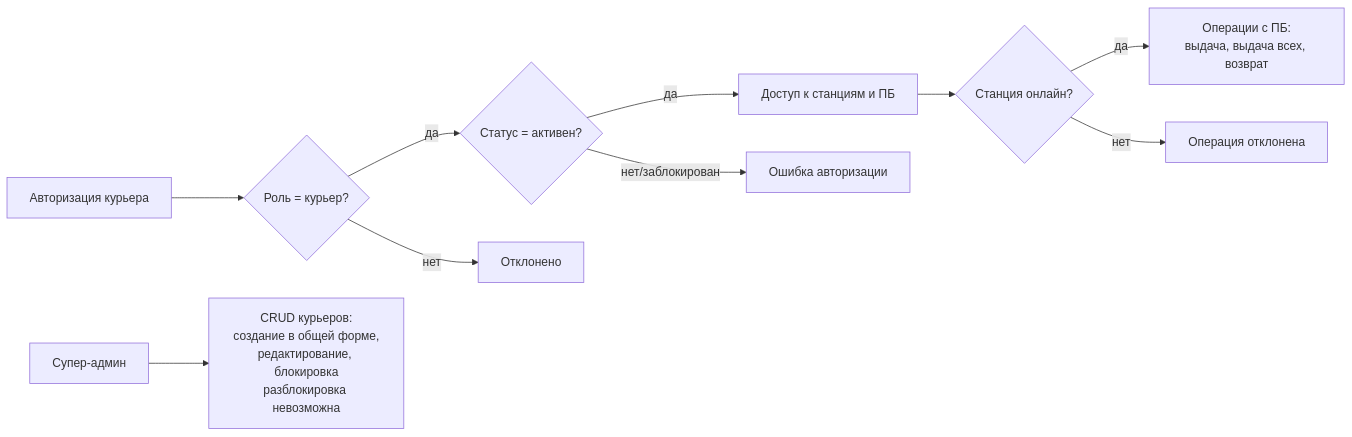
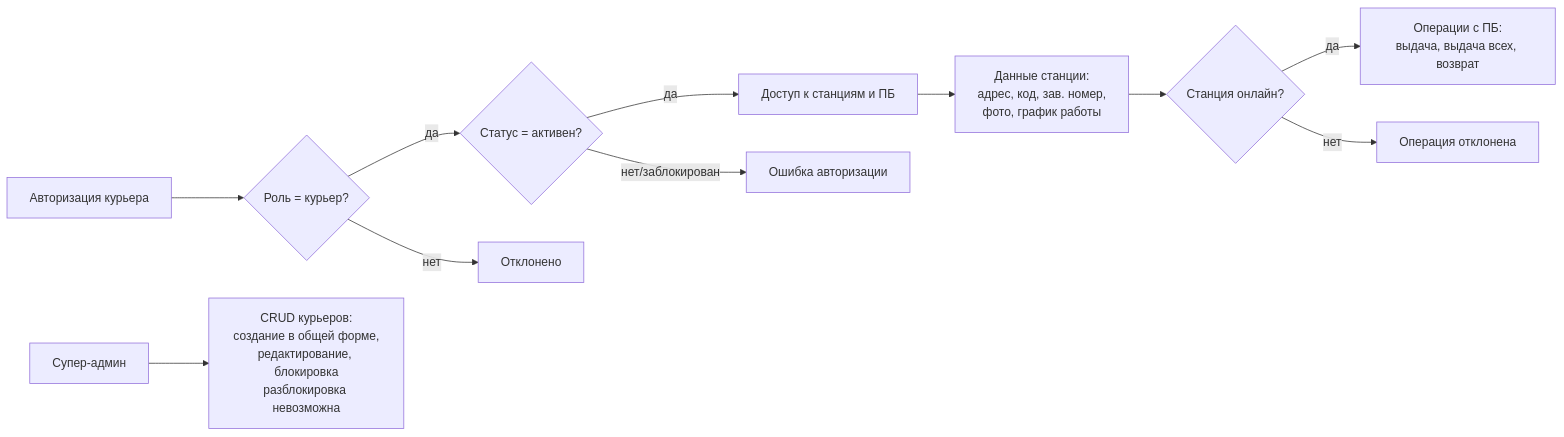
Before and after one commit to yatsin11-gif/example: the second of 2 diagrams in gozap-documentation/sa/docs/admin/courier-management/diagrams/overview.md, drawn with Mermaid. The commit also changed other lines of this file and 7 other files, not shown here.

````diff
--- a/gozap-documentation/sa/docs/admin/courier-management/diagrams/overview.md
+++ b/gozap-documentation/sa/docs/admin/courier-management/diagrams/overview.md
@@ -28,12 +28,13 @@
 ```mermaid
 flowchart LR
     AUTH[Авторизация курьера] --> ROLE{Роль = курьер?}
     ROLE -->|да| ACTIVE{Статус = активен?}
     ROLE -->|нет| DENY1[Отклонено]
     ACTIVE -->|да| ACCESS[Доступ к станциям и ПБ]
     ACTIVE -->|нет/заблокирован| DENY2[Ошибка авторизации]
-    ACCESS --> STATION{Станция онлайн?}
+    ACCESS --> STDATA[Данные станции:<br/>адрес, код, зав. номер,<br/>фото, график работы]
+    STDATA --> STATION{Станция онлайн?}
     STATION -->|да| PBOPS[Операции с ПБ:<br/>выдача, выдача всех, возврат]
     STATION -->|нет| REJECT[Операция отклонена]
     SADMIN[Супер-админ] --> MANAGE[CRUD курьеров:<br/>создание в общей форме,<br/>редактирование, блокировка<br/>разблокировка невозможна]
 ```
````
